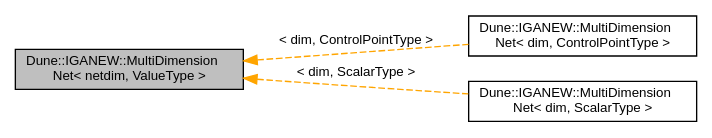
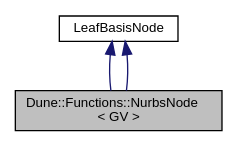
The diagram in d9/d5b/a01127.dot (rath3t/dune-iga-doc), drawn with Graphviz before and after one commit. The commit also changed 602 other files, not shown here.

```diff
--- a/d9/d5b/a01127.dot
+++ b/d9/d5b/a01127.dot
@@ -1,12 +1,10 @@
-digraph "Dune::IGANEW::MultiDimensionNet&lt; netdim, ValueType &gt;"
+digraph "Dune::Functions::NurbsNode&lt; GV &gt;"
 {
  // LATEX_PDF_SIZE
   edge [fontname="Helvetica",fontsize="10",labelfontname="Helvetica",labelfontsize="10"];
   node [fontname="Helvetica",fontsize="10",shape=record];
-  rankdir="LR";
-  Node1 [label="Dune::IGANEW::MultiDimension\lNet\< netdim, ValueType \>",height=0.2,width=0.4,color="black", fillcolor="grey75", style="filled", fontcolor="black",tooltip="class holds a n-dim net"];
-  Node1 -> Node2 [dir="back",color="orange",fontsize="10",style="dashed",label=" \< dim, ControlPointType \>" ,fontname="Helvetica"];
-  Node2 [label="Dune::IGANEW::MultiDimension\lNet\< dim, ControlPointType \>",height=0.2,width=0.4,color="black", fillcolor="white", style="filled",URL="$d9/d12/a01128.html",tooltip=" "];
-  Node1 -> Node3 [dir="back",color="orange",fontsize="10",style="dashed",label=" \< dim, ScalarType \>" ,fontname="Helvetica"];
-  Node3 [label="Dune::IGANEW::MultiDimension\lNet\< dim, ScalarType \>",height=0.2,width=0.4,color="black", fillcolor="white", style="filled",URL="$d9/d12/a01128.html",tooltip=" "];
+  Node1 [label="Dune::Functions::NurbsNode\l\< GV \>",height=0.2,width=0.4,color="black", fillcolor="grey75", style="filled", fontcolor="black",tooltip=" "];
+  Node2 -> Node1 [dir="back",color="midnightblue",fontsize="10",style="solid",fontname="Helvetica"];
+  Node2 [label="LeafBasisNode",height=0.2,width=0.4,color="black", fillcolor="white", style="filled",tooltip=" "];
+  Node2 -> Node1 [dir="back",color="midnightblue",fontsize="10",style="solid",fontname="Helvetica"];
 }
```
